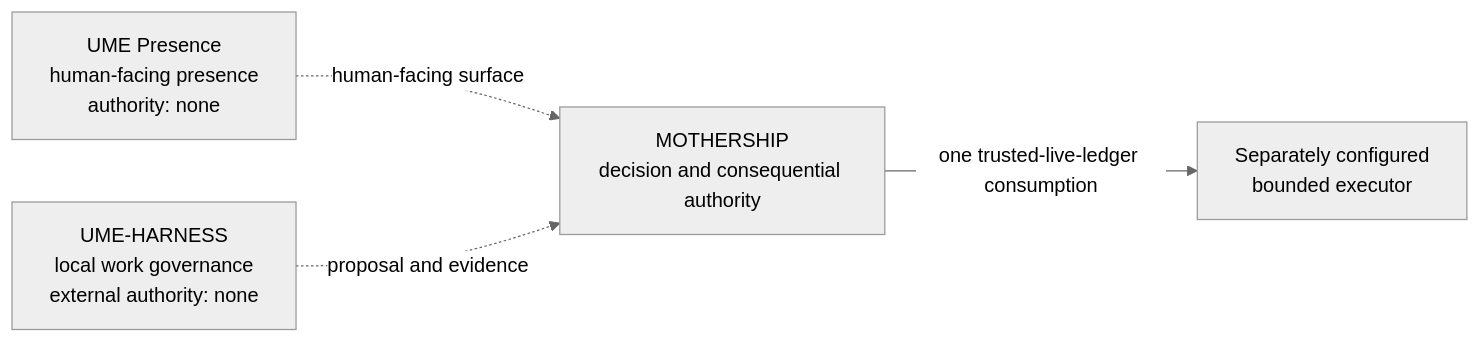
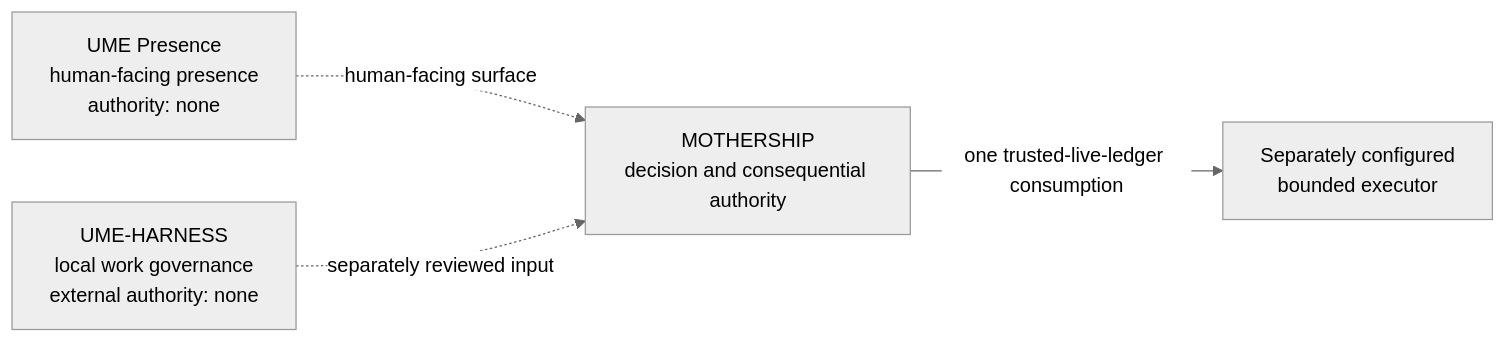
The first of 3 diagrams in README.md (UMEBOSHIISAN/mothership), drawn with Mermaid (neutral theme) before and after one commit. The commit also changed other lines of this file and 11 other files, not shown here.

````diff
--- a/README.md
+++ b/README.md
@@ -253,11 +274,11 @@
 ```mermaid
 flowchart LR
     U[UME Presence<br/>human-facing presence<br/>authority: none]
     H[UME-HARNESS<br/>local work governance<br/>external authority: none]
     M[MOTHERSHIP<br/>decision and consequential authority]
     X[Separately configured<br/>bounded executor]
 
     U -. human-facing surface .-> M
-    H -. proposal and evidence .-> M
+    H -. separately reviewed input .-> M
     M -->|one trusted-live-ledger consumption| X
 ```
````
